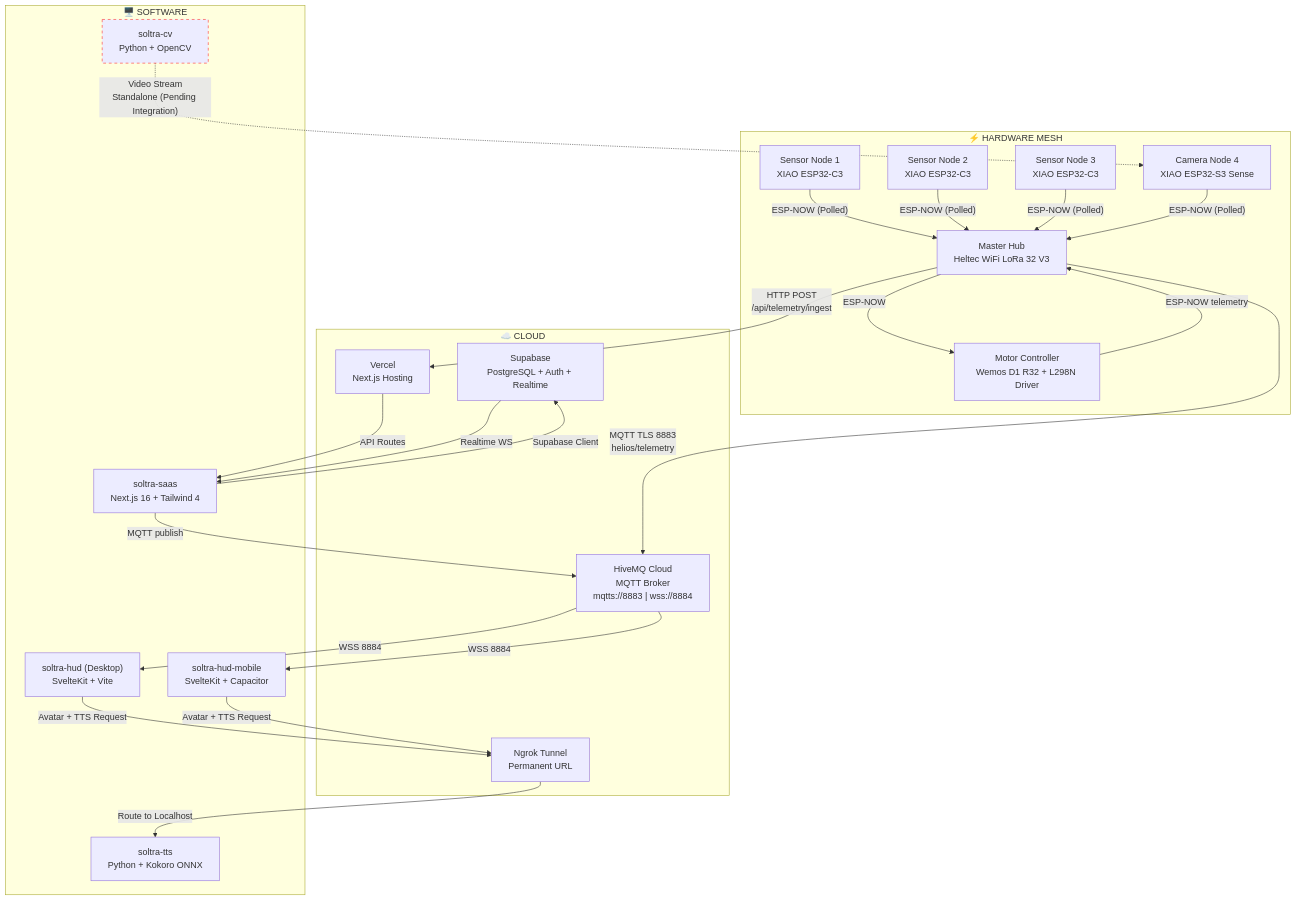
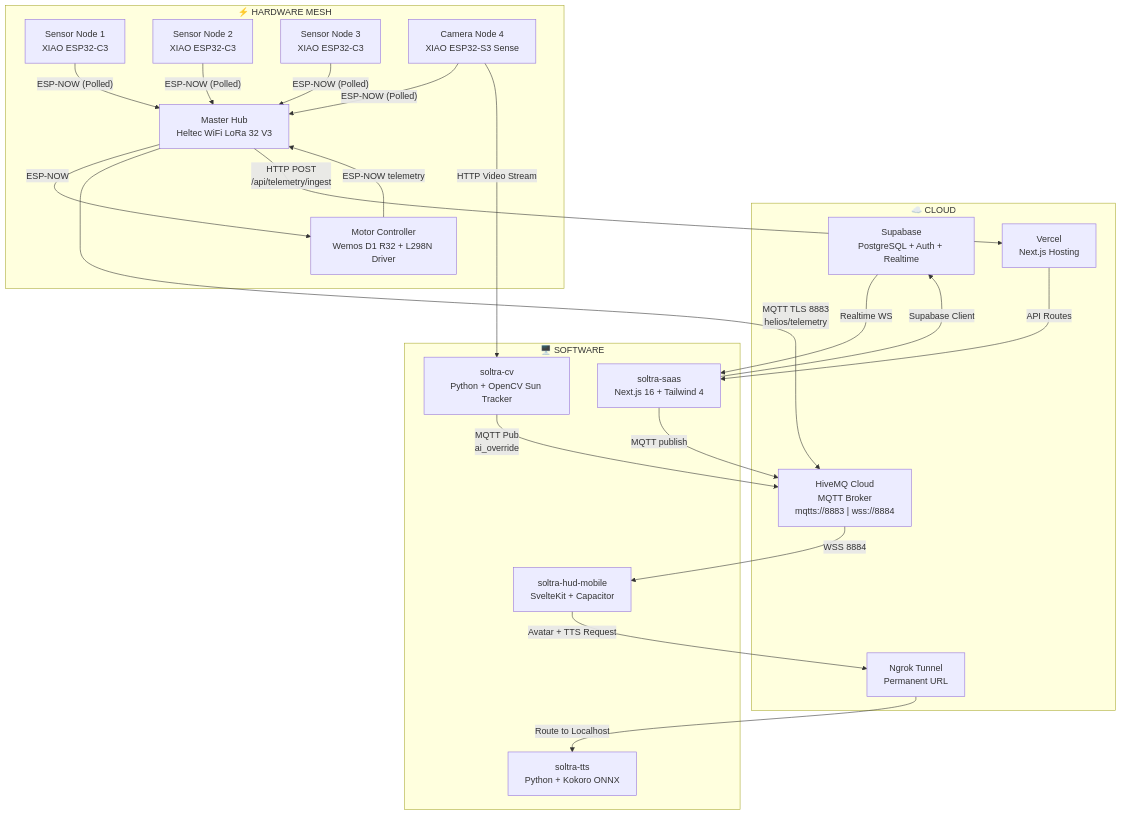
Before and after one commit to simhorngvei-blip/Soltra: the diagram in README.md, drawn with Mermaid. The commit also changed 82 other files, not shown here.

````diff
--- a/README.md
+++ b/README.md
@@ -17,53 +17,49 @@
 ```mermaid
 graph TB
     subgraph "☁️ CLOUD"
         HMQ["HiveMQ Cloud<br/>MQTT Broker<br/>mqtts://8883 | wss://8884"]
         SB["Supabase<br/>PostgreSQL + Auth + Realtime"]
         VCL["Vercel<br/>Next.js Hosting"]
         NGROK["Ngrok Tunnel<br/>Permanent URL"]
     end
 
     subgraph "⚡ HARDWARE MESH"
         SN1["Sensor Node 1<br/>XIAO ESP32-C3"]
         SN2["Sensor Node 2<br/>XIAO ESP32-C3"]
         SN3["Sensor Node 3<br/>XIAO ESP32-C3"]
         CAM["Camera Node 4<br/>XIAO ESP32-S3 Sense"]
         HUB["Master Hub<br/>Heltec WiFi LoRa 32 V3"]
         MOT["Motor Controller<br/>Wemos D1 R32 + L298N Driver"]
     end
 
     subgraph "🖥️ SOFTWARE"
         SAAS["soltra-saas<br/>Next.js 16 + Tailwind 4"]
-        HUDW["soltra-hud (Desktop)<br/>SvelteKit + Vite"]
         HUDM["soltra-hud-mobile<br/>SvelteKit + Capacitor"]
         TTS["soltra-tts<br/>Python + Kokoro ONNX"]
-        CV["soltra-cv<br/>Python + OpenCV"]
+        CV["soltra-cv<br/>Python + OpenCV Sun Tracker"]
     end
 
     SN1 -- "ESP-NOW (Polled)" --> HUB
     SN2 -- "ESP-NOW (Polled)" --> HUB
     SN3 -- "ESP-NOW (Polled)" --> HUB
     CAM -- "ESP-NOW (Polled)" --> HUB
     HUB -- "ESP-NOW" --> MOT
     MOT -- "ESP-NOW telemetry" --> HUB
 
     HUB -- "MQTT TLS 8883<br/>helios/telemetry" --> HMQ
     HUB -- "HTTP POST<br/>/api/telemetry/ingest" --> VCL
 
-    HMQ -- "WSS 8884" --> HUDW
     HMQ -- "WSS 8884" --> HUDM
 
     VCL -- "API Routes" --> SAAS
     SAAS -- "Supabase Client" --> SB
     SAAS -- "MQTT publish" --> HMQ
 
     SB -- "Realtime WS" --> SAAS
     
-    HUDW -- "Avatar + TTS Request" --> NGROK
     HUDM -- "Avatar + TTS Request" --> NGROK
     NGROK -- "Route to Localhost" --> TTS
     
-    CV -. "Video Stream<br/>Standalone (Pending Integration)" .-> CAM
-
-    style CV stroke-dasharray: 5 5,stroke:#ff2a2a
+    CAM -- "HTTP Video Stream" --> CV
+    CV -- "MQTT Pub<br/>ai_override" --> HMQ
 ```
````
